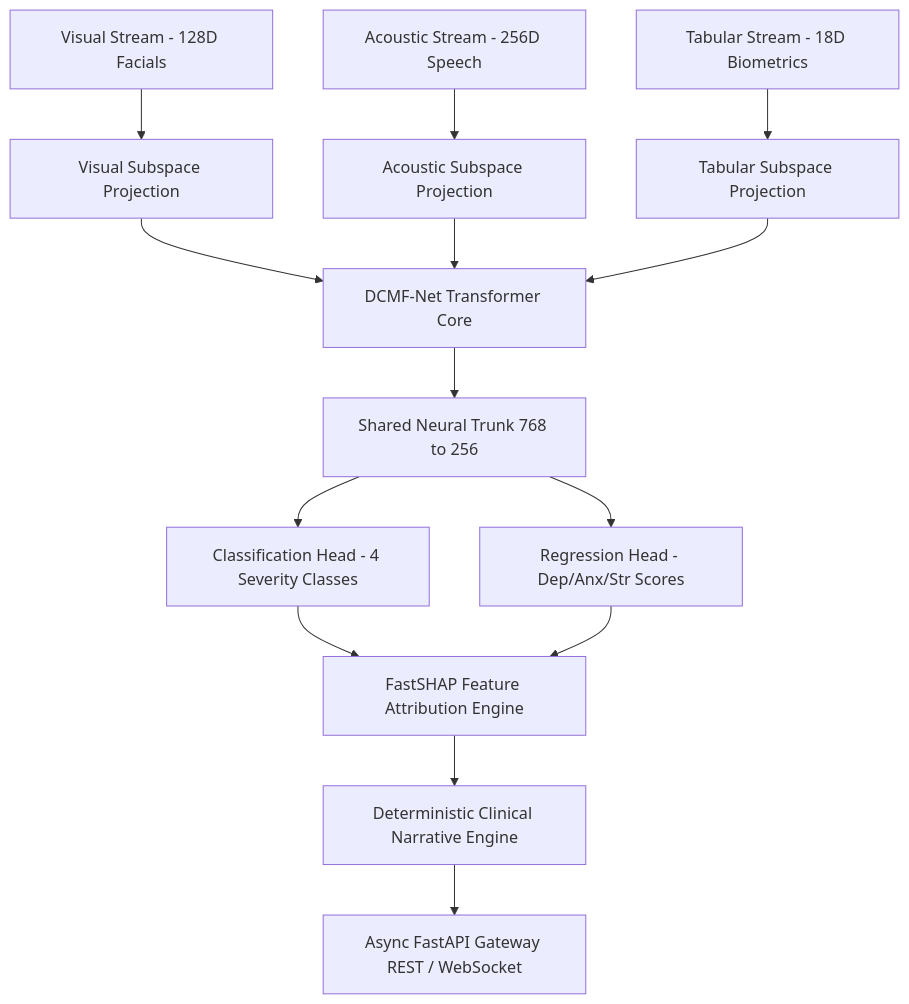
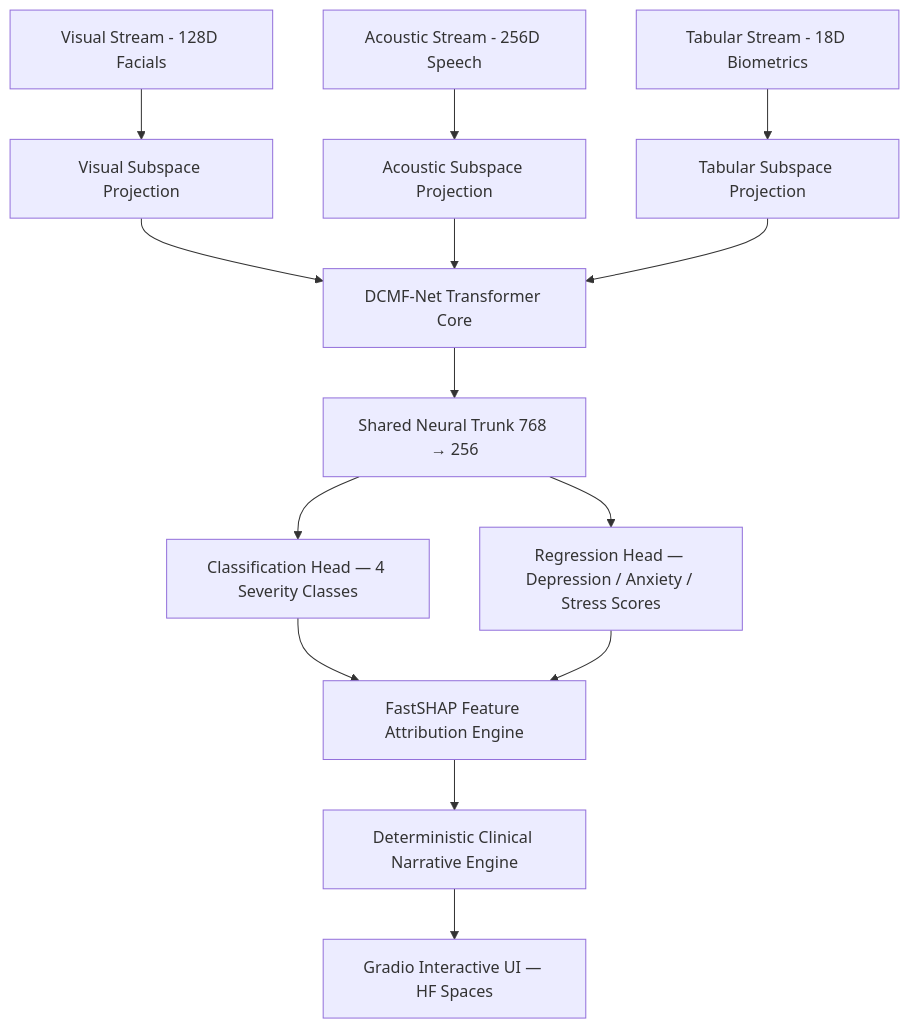
One commit to M-Sanjay-IND/multimodal-mental-health changed the diagram in README.md. Above: the diagram before and after it, drawn with Mermaid. The commit also changed other lines of this file and 2 other files, not shown here.

Commit message:
feat(gradio): rewrite app.py as pure Gradio SDK for free HF Spaces CPU tier, drop FastAPI mount

````diff
--- a/README.md
+++ b/README.md
@@ -27,21 +28,21 @@
 ```mermaid
 graph TD
     A[Visual Stream - 128D Facials] --> P1[Visual Subspace Projection]
     B[Acoustic Stream - 256D Speech] --> P2[Acoustic Subspace Projection]
     C[Tabular Stream - 18D Biometrics] --> P3[Tabular Subspace Projection]
 
     P1 --> DCMF[DCMF-Net Transformer Core]
     P2 --> DCMF
     P3 --> DCMF
 
-    DCMF --> Trunk[Shared Neural Trunk 768 to 256]
-    
-    Trunk --> ClsHead[Classification Head - 4 Severity Classes]
-    Trunk --> RegHead[Regression Head - Dep/Anx/Str Scores]
-    
+    DCMF --> Trunk[Shared Neural Trunk 768 → 256]
+
+    Trunk --> ClsHead[Classification Head — 4 Severity Classes]
+    Trunk --> RegHead[Regression Head — Depression / Anxiety / Stress Scores]
+
     ClsHead --> FastSHAP[FastSHAP Feature Attribution Engine]
     RegHead --> FastSHAP
-    
+
     FastSHAP --> Narrative[Deterministic Clinical Narrative Engine]
-    Narrative --> Gateway[Async FastAPI Gateway REST / WebSocket]
+    Narrative --> UI[Gradio Interactive UI — HF Spaces]
 ```
````
